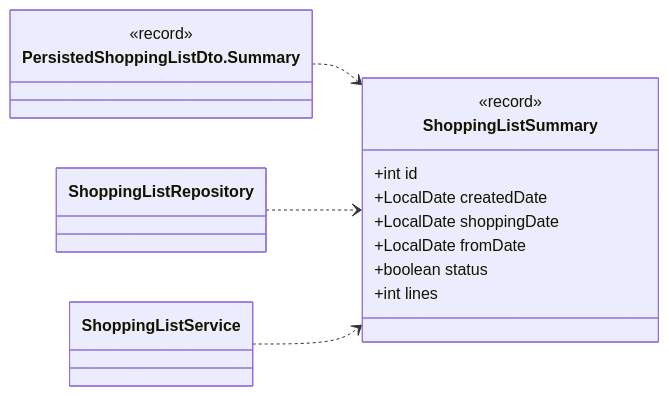
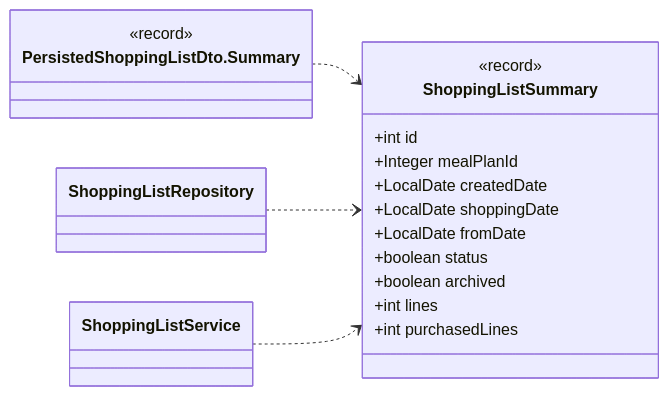
Before and after one commit to Nate-ryan-7690/dahaem: diagram 12 of 16 in docs/classes/shopping.md, drawn with Mermaid. The commit also changed other lines of this file and 6 other files, not shown here.

````diff
--- a/docs/classes/shopping.md
+++ b/docs/classes/shopping.md
@@ -636,21 +651,24 @@
 ```mermaid
 classDiagram
     direction LR
     class shopping_ShoppingListSummary["ShoppingListSummary"] {
         <<record>>
         +int id
+        +Integer mealPlanId
         +LocalDate createdDate
         +LocalDate shoppingDate
         +LocalDate fromDate
         +boolean status
+        +boolean archived
         +int lines
+        +int purchasedLines
     }
     class api_PersistedShoppingListDto_Summary["PersistedShoppingListDto.Summary"] {
         <<record>>
     }
     class shopping_ShoppingListRepository["ShoppingListRepository"]
     class shopping_ShoppingListService["ShoppingListService"]
     api_PersistedShoppingListDto_Summary ..> shopping_ShoppingListSummary
     shopping_ShoppingListRepository ..> shopping_ShoppingListSummary
     shopping_ShoppingListService ..> shopping_ShoppingListSummary
 ```
````
